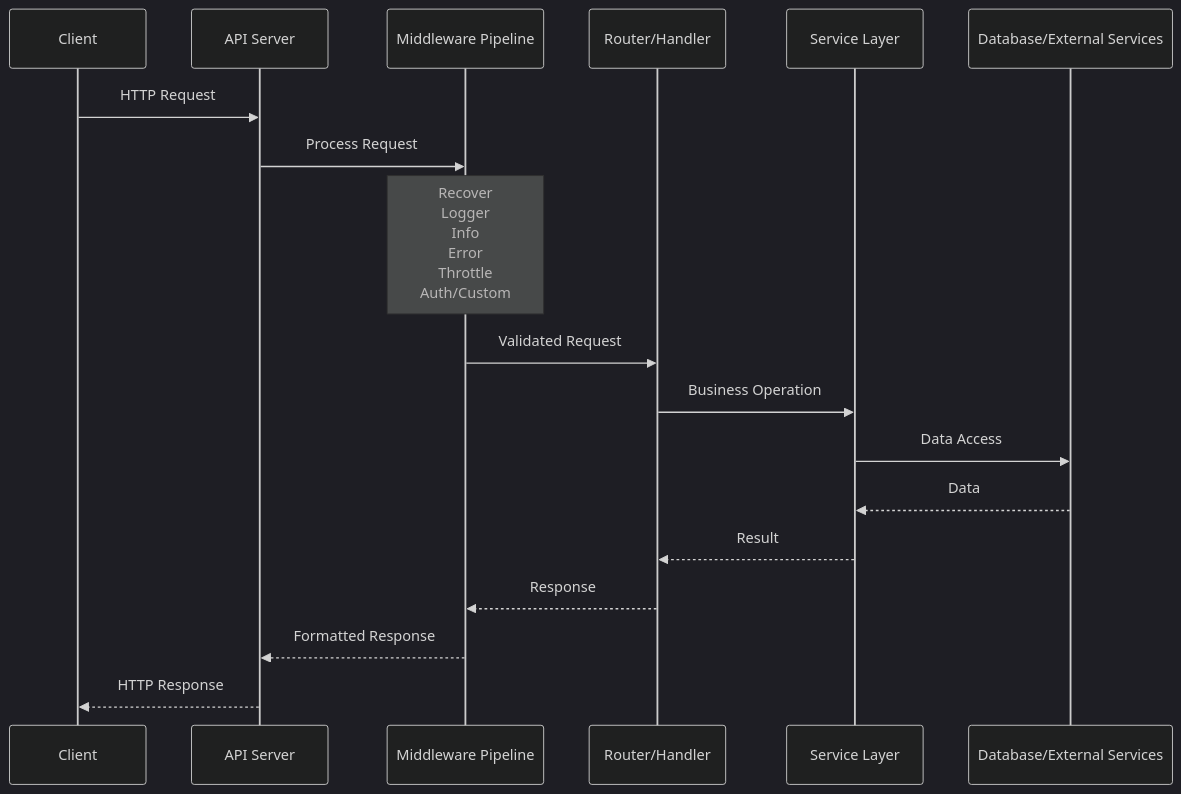
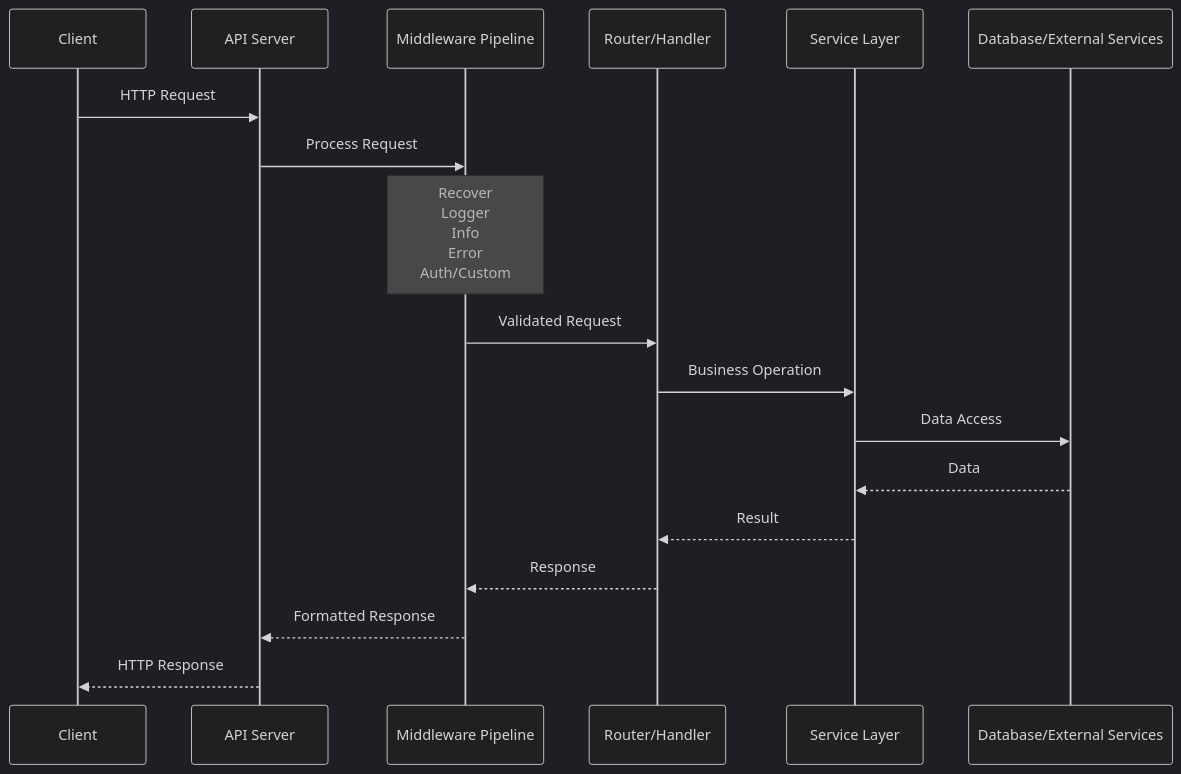
Before and after one commit to xhanio/framingo: the second of 2 diagrams in README.md, drawn with Mermaid (dark theme). The commit also changed other lines of this file and 41 other files, not shown here.

````diff
--- a/README.md
+++ b/README.md
@@ -123,21 +123,21 @@
 ```mermaid
 sequenceDiagram
     participant Client
     participant APIServer as API Server
     participant Middleware as Middleware Pipeline
     participant Router as Router/Handler
     participant Service as Service Layer
     participant DB as Database/External Services
 
     Client->>APIServer: HTTP Request
     APIServer->>Middleware: Process Request
-    Note over Middleware: Recover<br/>Logger<br/>Info<br/>Error<br/>Throttle<br/>Auth/Custom
+    Note over Middleware: Recover<br/>Logger<br/>Info<br/>Error<br/>Auth/Custom
     Middleware->>Router: Validated Request
     Router->>Service: Business Operation
     Service->>DB: Data Access
     DB-->>Service: Data
     Service-->>Router: Result
     Router-->>Middleware: Response
     Middleware-->>APIServer: Formatted Response
     APIServer-->>Client: HTTP Response
 ```
````
